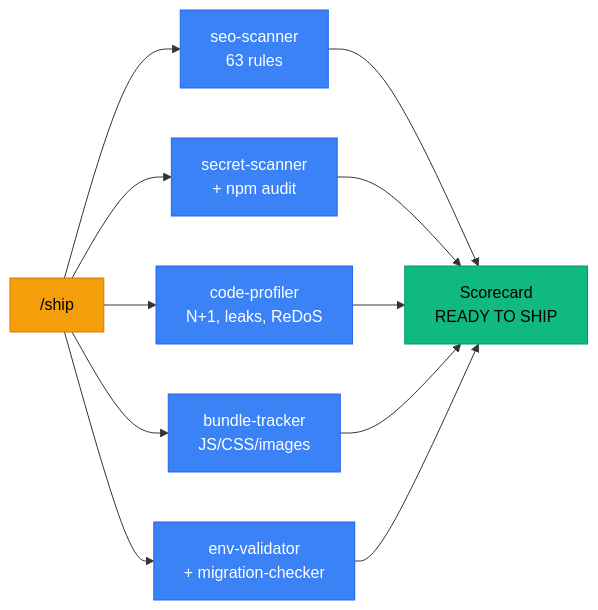
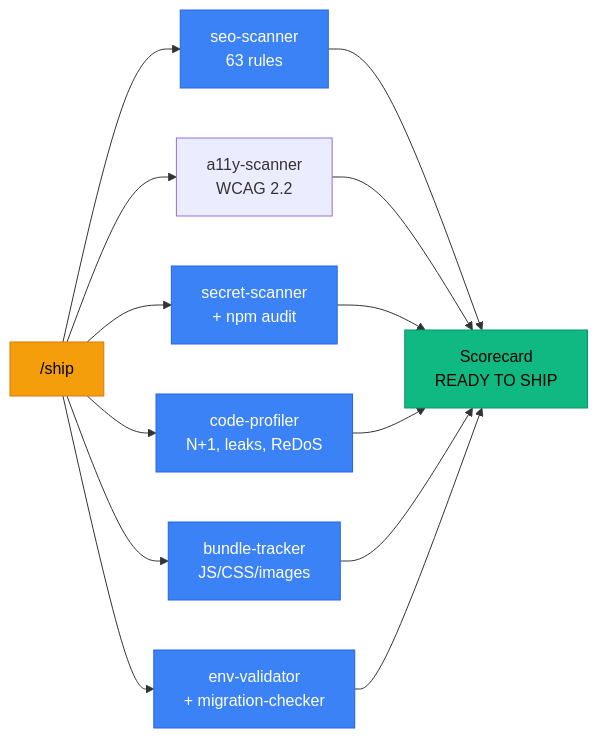
The third of 7 diagrams in README.md (Houseofmvps/ultraship), drawn with Mermaid before and after one commit. The commit also changed other lines of this file and 37 other files, not shown here.

````diff
--- a/README.md
+++ b/README.md
@@ -88,22 +88,24 @@
 ```mermaid
 flowchart LR
     SHIP["/ship"] --> SEO["seo-scanner<br/>63 rules"]
+    SHIP --> A11Y["a11y-scanner<br/>WCAG 2.2"]
     SHIP --> SEC["secret-scanner<br/>+ npm audit"]
     SHIP --> CODE["code-profiler<br/>N+1, leaks, ReDoS"]
     SHIP --> BUNDLE["bundle-tracker<br/>JS/CSS/images"]
     SHIP --> ENV["env-validator<br/>+ migration-checker"]
 
     SEO --> SC["Scorecard<br/>READY TO SHIP"]
+    A11Y --> SC
     SEC --> SC
     CODE --> SC
     BUNDLE --> SC
     ENV --> SC
 
     style SHIP fill:#f59e0b,stroke:#d97706,color:#000
     style SC fill:#10b981,stroke:#059669,color:#000
     style SEO fill:#3b82f6,stroke:#2563eb,color:#fff
     style SEC fill:#3b82f6,stroke:#2563eb,color:#fff
     style CODE fill:#3b82f6,stroke:#2563eb,color:#fff
     style BUNDLE fill:#3b82f6,stroke:#2563eb,color:#fff
     style ENV fill:#3b82f6,stroke:#2563eb,color:#fff
 ```
````
